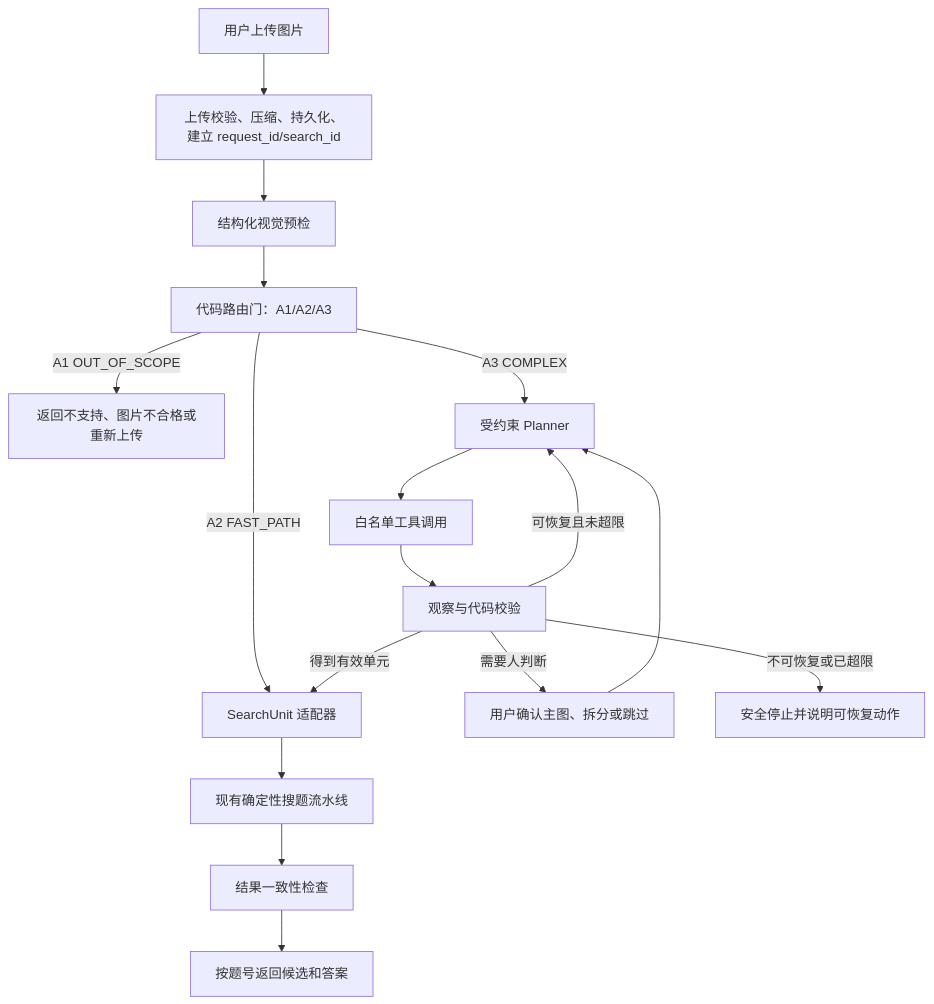
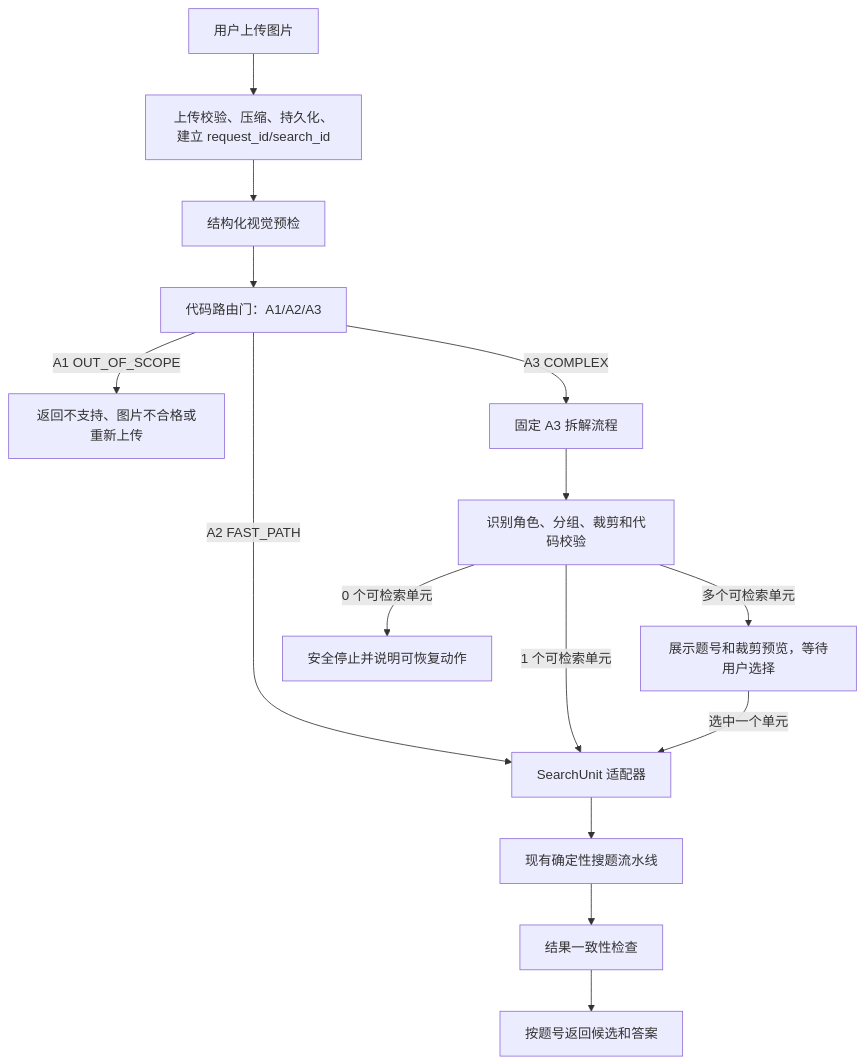
One commit to chai11w/structural-mechanics-ai-search changed the diagram in docs/8890_complex_image_agent_plan.md. Above: the diagram before and after it, drawn with Mermaid. The commit also changed other lines of this file and 1 other file, not shown here.

````diff
--- a/docs/8890_complex_image_agent_plan.md
+++ b/docs/8890_complex_image_agent_plan.md
@@ -78,19 +80,17 @@
 ```mermaid
 flowchart TD
     U["用户上传图片"] --> V["上传校验、压缩、持久化、建立 request_id/search_id"]
     V --> A["结构化视觉预检"]
     A --> G["代码路由门：A1/A2/A3"]
     G -->|"A1 OUT_OF_SCOPE"| O["返回不支持、图片不合格或重新上传"]
     G -->|"A2 FAST_PATH"| S["SearchUnit 适配器"]
-    G -->|"A3 COMPLEX"| P["受约束 Planner"]
-    P --> T["白名单工具调用"]
-    T --> C["观察与代码校验"]
-    C -->|"可恢复且未超限"| P
-    C -->|"需要人判断"| H["用户确认主图、拆分或跳过"]
-    H --> P
-    C -->|"得到有效单元"| S
-    C -->|"不可恢复或已超限"| F["安全停止并说明可恢复动作"]
+    G -->|"A3 COMPLEX"| P["固定 A3 拆解流程"]
+    P --> C["识别角色、分组、裁剪和代码校验"]
+    C -->|"0 个可检索单元"| F["安全停止并说明可恢复动作"]
+    C -->|"1 个可检索单元"| S
+    C -->|"多个可检索单元"| H["展示题号和裁剪预览，等待用户选择"]
+    H -->|"选中一个单元"| S
     S --> E["现有确定性搜题流水线"]
     E --> R["结果一致性检查"]
     R --> Z["按题号返回候选和答案"]
 ```
````
